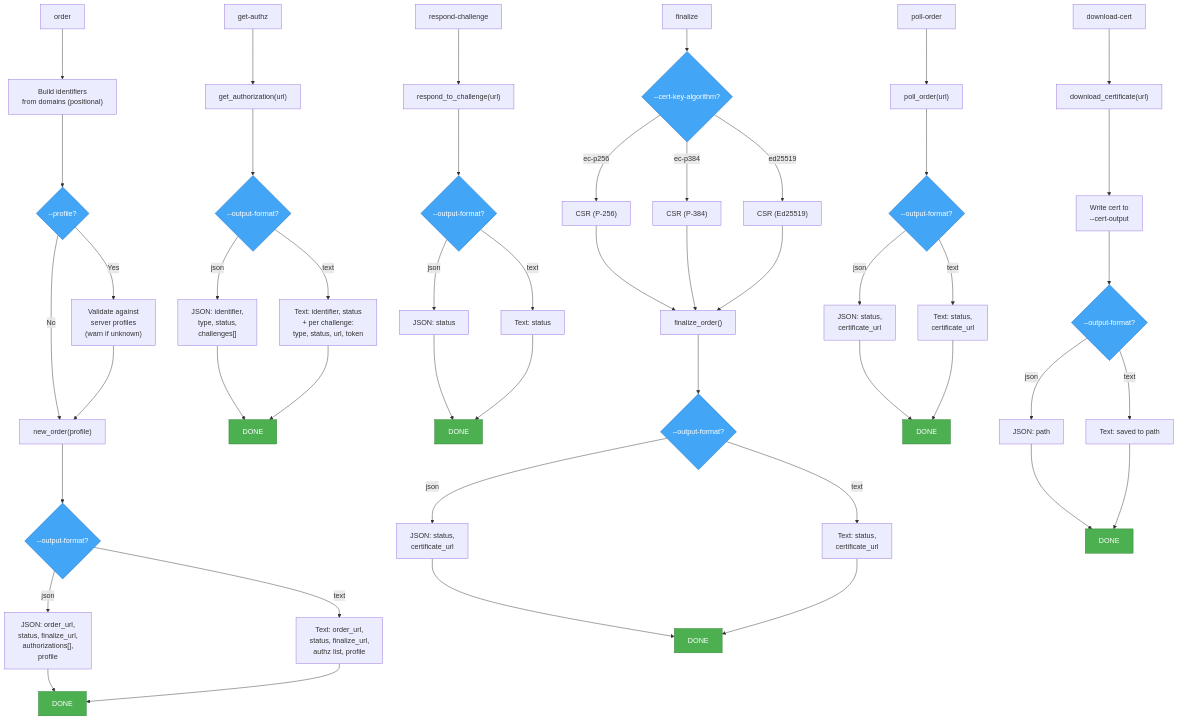
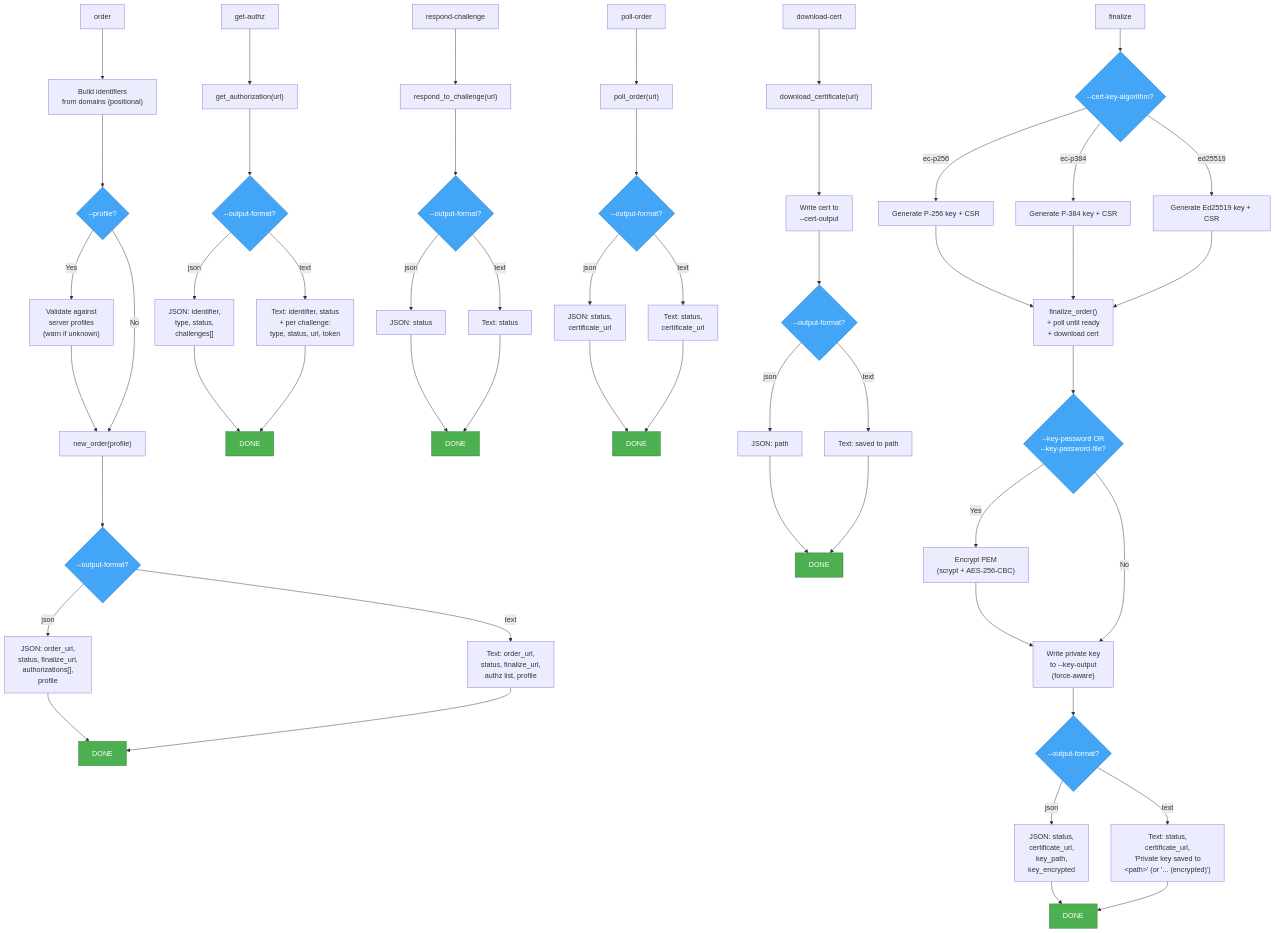
Before and after one commit to andrico21/acme-client-rs: the sixth of 8 diagrams in PARAMETER-FLOW.md, drawn with Mermaid. The commit also changed other lines of this file, not shown here.

````diff
--- a/PARAMETER-FLOW.md
+++ b/PARAMETER-FLOW.md
@@ -382,66 +423,70 @@
 ```mermaid
 graph TD
     %% === order ===
     ORD["order"] --> ORD_IDS["Build identifiers<br/>from domains (positional)"]
     ORD_IDS --> ORD_PROF{"--profile?"}
     ORD_PROF -- Yes --> ORD_PROF_VAL["Validate against<br/>server profiles<br/>(warn if unknown)"]
     ORD_PROF -- No --> ORD_CALL
     ORD_PROF_VAL --> ORD_CALL["new_order(profile)"]
     ORD_CALL --> ORD_FMT{"--output-format?"}
     ORD_FMT -- json --> ORD_JSON["JSON: order_url,<br/>status, finalize_url,<br/>authorizations[],<br/>profile"]
     ORD_FMT -- text --> ORD_TEXT["Text: order_url,<br/>status, finalize_url,<br/>authz list, profile"]
     ORD_JSON --> ORD_DONE["DONE"]
     ORD_TEXT --> ORD_DONE
 
     %% === get-authz ===
     GAZ["get-authz"] --> GAZ_CALL["get_authorization(url)"]
     GAZ_CALL --> GAZ_FMT{"--output-format?"}
     GAZ_FMT -- json --> GAZ_JSON["JSON: identifier,<br/>type, status,<br/>challenges[]"]
     GAZ_FMT -- text --> GAZ_TEXT["Text: identifier, status<br/>+ per challenge:<br/>type, status, url, token"]
     GAZ_JSON --> GAZ_DONE["DONE"]
     GAZ_TEXT --> GAZ_DONE
 
     %% === respond-challenge (trivial) ===
     RC["respond-challenge"] --> RC_CALL["respond_to_challenge(url)"]
     RC_CALL --> RC_FMT{"--output-format?"}
     RC_FMT -- json --> RC_JSON["JSON: status"]
     RC_FMT -- text --> RC_TEXT["Text: status"]
     RC_JSON --> RC_DONE["DONE"]
     RC_TEXT --> RC_DONE
 
     %% === finalize ===
     FIN["finalize"] --> FIN_ALG{"--cert-key-algorithm?"}
-    FIN_ALG -- ec-p256 --> FIN_CSR["CSR (P-256)"]
-    FIN_ALG -- ec-p384 --> FIN_CSR2["CSR (P-384)"]
-    FIN_ALG -- ed25519 --> FIN_CSR3["CSR (Ed25519)"]
+    FIN_ALG -- ec-p256 --> FIN_CSR["Generate P-256 key + CSR"]
+    FIN_ALG -- ec-p384 --> FIN_CSR2["Generate P-384 key + CSR"]
+    FIN_ALG -- ed25519 --> FIN_CSR3["Generate Ed25519 key + CSR"]
     FIN_CSR --> FIN_CALL
     FIN_CSR2 --> FIN_CALL
-    FIN_CSR3 --> FIN_CALL["finalize_order()"]
-    FIN_CALL --> FIN_FMT{"--output-format?"}
-    FIN_FMT -- json --> FIN_JSON["JSON: status,<br/>certificate_url"]
-    FIN_FMT -- text --> FIN_TEXT["Text: status,<br/>certificate_url"]
+    FIN_CSR3 --> FIN_CALL["finalize_order()<br/>+ poll until ready<br/>+ download cert"]
+    FIN_CALL --> FIN_PWD{"--key-password OR<br/>--key-password-file?"}
+    FIN_PWD -- Yes --> FIN_ENC["Encrypt PEM<br/>(scrypt + AES-256-CBC)"]
+    FIN_PWD -- No --> FIN_KEY_WRITE
+    FIN_ENC --> FIN_KEY_WRITE["Write private key<br/>to --key-output<br/>(force-aware)"]
+    FIN_KEY_WRITE --> FIN_FMT{"--output-format?"}
+    FIN_FMT -- json --> FIN_JSON["JSON: status,<br/>certificate_url,<br/>key_path,<br/>key_encrypted"]
+    FIN_FMT -- text --> FIN_TEXT["Text: status,<br/>certificate_url,<br/>'Private key saved to<br/>&lt;path&gt;' (or '... (encrypted)')"]
     FIN_JSON --> FIN_DONE["DONE"]
     FIN_TEXT --> FIN_DONE
 
     %% === poll-order (trivial) ===
     PO["poll-order"] --> PO_CALL["poll_order(url)"]
     PO_CALL --> PO_FMT{"--output-format?"}
     PO_FMT -- json --> PO_JSON["JSON: status,<br/>certificate_url"]
     PO_FMT -- text --> PO_TEXT["Text: status,<br/>certificate_url"]
     PO_JSON --> PO_DONE["DONE"]
     PO_TEXT --> PO_DONE
 
     %% === download-cert ===
     DC["download-cert"] --> DC_CALL["download_certificate(url)"]
     DC_CALL --> DC_WRITE["Write cert to<br/>--cert-output"]
     DC_WRITE --> DC_FMT{"--output-format?"}
     DC_FMT -- json --> DC_JSON["JSON: path"]
     DC_FMT -- text --> DC_TEXT["Text: saved to path"]
     DC_JSON --> DC_DONE["DONE"]
     DC_TEXT --> DC_DONE
 
     classDef success fill:#4caf50,color:white,stroke:#2e7d32
     classDef decision fill:#42a5f5,color:white,stroke:#1565c0
     class ORD_DONE,GAZ_DONE,RC_DONE,FIN_DONE,PO_DONE,DC_DONE success
-    class ORD_FMT,ORD_PROF,GAZ_FMT,RC_FMT,FIN_ALG,FIN_FMT,PO_FMT,DC_FMT decision
+    class ORD_FMT,ORD_PROF,GAZ_FMT,RC_FMT,FIN_ALG,FIN_PWD,FIN_FMT,PO_FMT,DC_FMT decision
 ```
````
